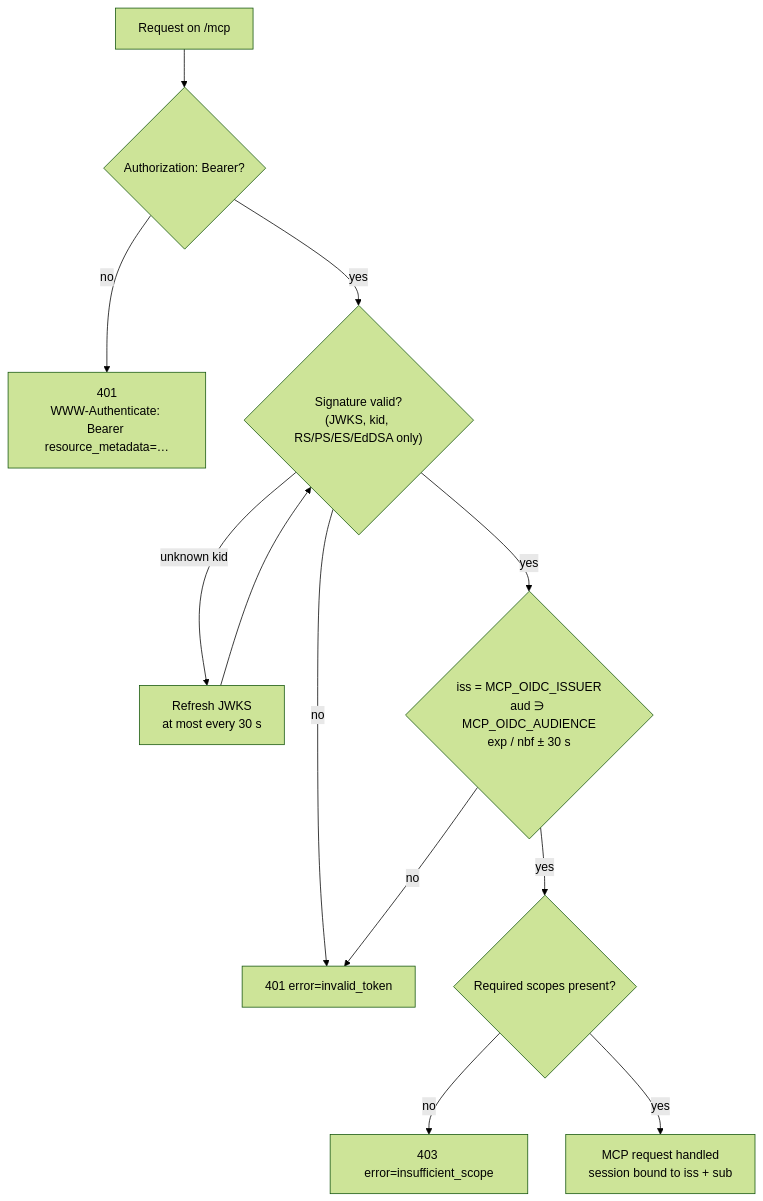
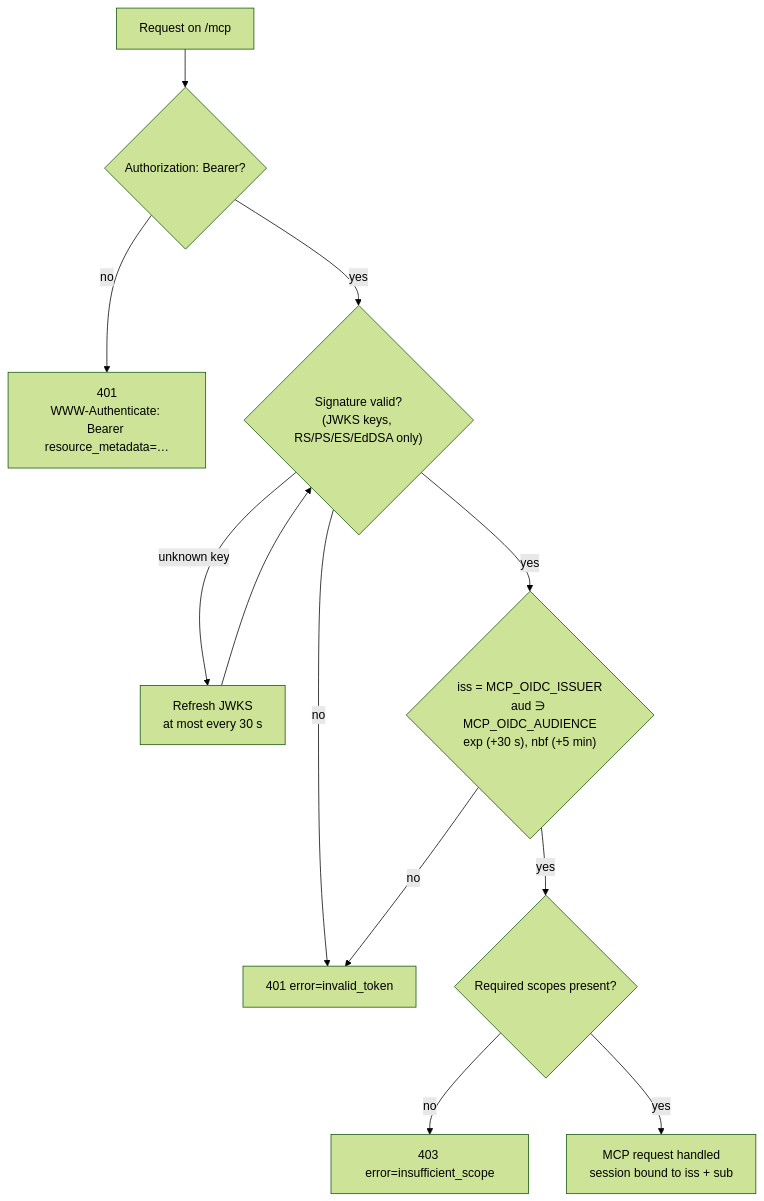
The third of 3 diagrams in docs/oidc.md (mrdev023/mcp-nextcloud), drawn with Mermaid (forest theme) before and after one commit. The commit also changed other lines of this file and 6 other files, not shown here.

````diff
--- a/docs/oidc.md
+++ b/docs/oidc.md
@@ -146,13 +146,13 @@
 ```mermaid
 flowchart TD
     A[Request on /mcp] --> B{Authorization: Bearer?}
     B -- no --> R1["401<br/>WWW-Authenticate: Bearer resource_metadata=…"]
-    B -- yes --> C{"Signature valid?<br/>(JWKS, kid, RS/PS/ES/EdDSA only)"}
-    C -- unknown kid --> K[Refresh JWKS<br/>at most every 30 s] --> C
+    B -- yes --> C{"Signature valid?<br/>(JWKS keys, RS/PS/ES/EdDSA only)"}
+    C -- unknown key --> K[Refresh JWKS<br/>at most every 30 s] --> C
     C -- no --> R2["401 error=invalid_token"]
-    C -- yes --> D{"iss = MCP_OIDC_ISSUER<br/>aud ∋ MCP_OIDC_AUDIENCE<br/>exp / nbf ± 30 s"}
+    C -- yes --> D{"iss = MCP_OIDC_ISSUER<br/>aud ∋ MCP_OIDC_AUDIENCE<br/>exp (+30 s), nbf (+5 min)"}
     D -- no --> R2
     D -- yes --> E{Required scopes present?}
     E -- no --> R3["403 error=insufficient_scope"]
     E -- yes --> F[MCP request handled<br/>session bound to iss + sub]
 ```
````
